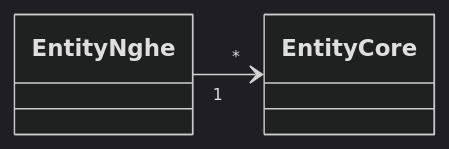
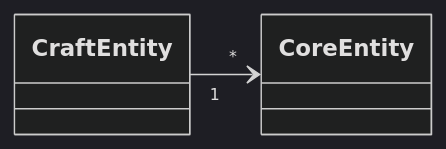
Before and after one commit to quangman2211/sdd-solo: the diagram in plugins/sdd-solo/templates/skel/nghe/entities/README.md, drawn with Mermaid (dark theme). The commit also changed other lines of this file and 133 other files, not shown here.

````diff
--- a/plugins/sdd-solo/templates/skel/nghe/entities/README.md
+++ b/plugins/sdd-solo/templates/skel/nghe/entities/README.md
@@ -8,7 +8,7 @@
 ```mermaid
 classDiagram
   direction LR
-  class EntityNghe
-  class EntityCore
-  EntityNghe "1" --> "*" EntityCore : <quan hệ>
+  class CraftEntity
+  class CoreEntity
+  CraftEntity "1" --> "*" CoreEntity : <relation>
 ```
````
